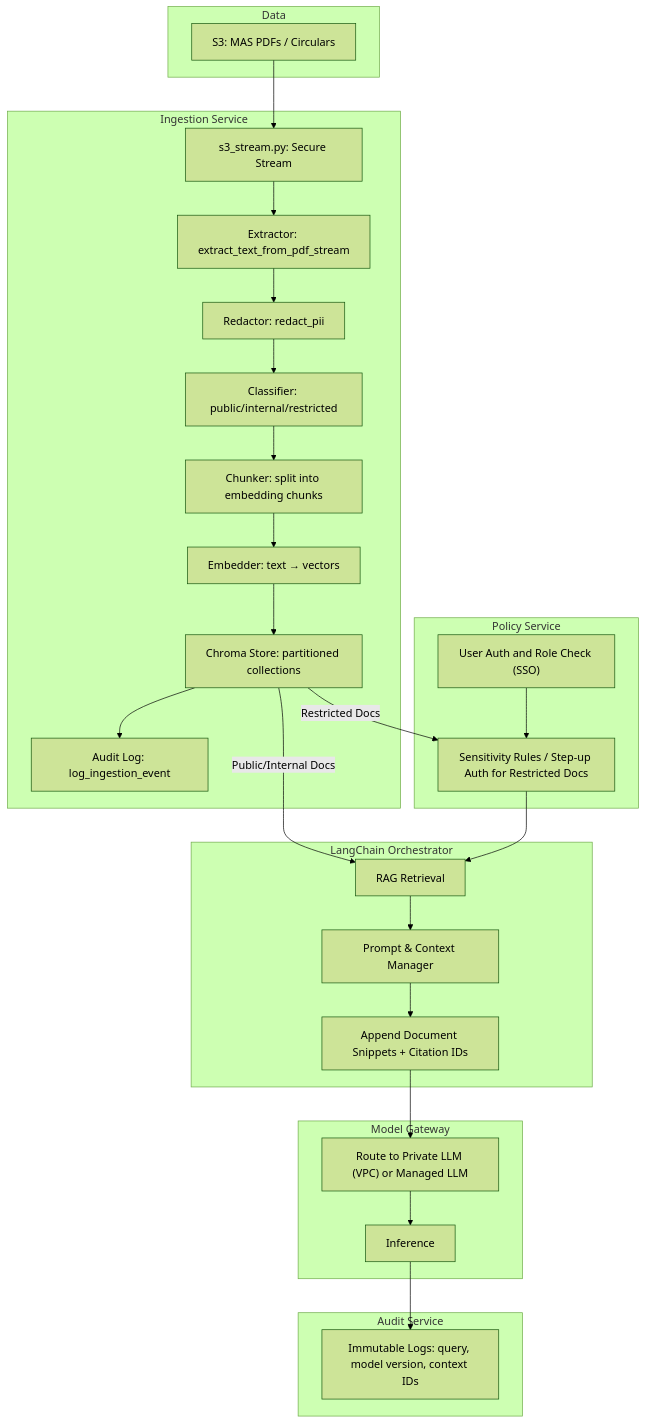
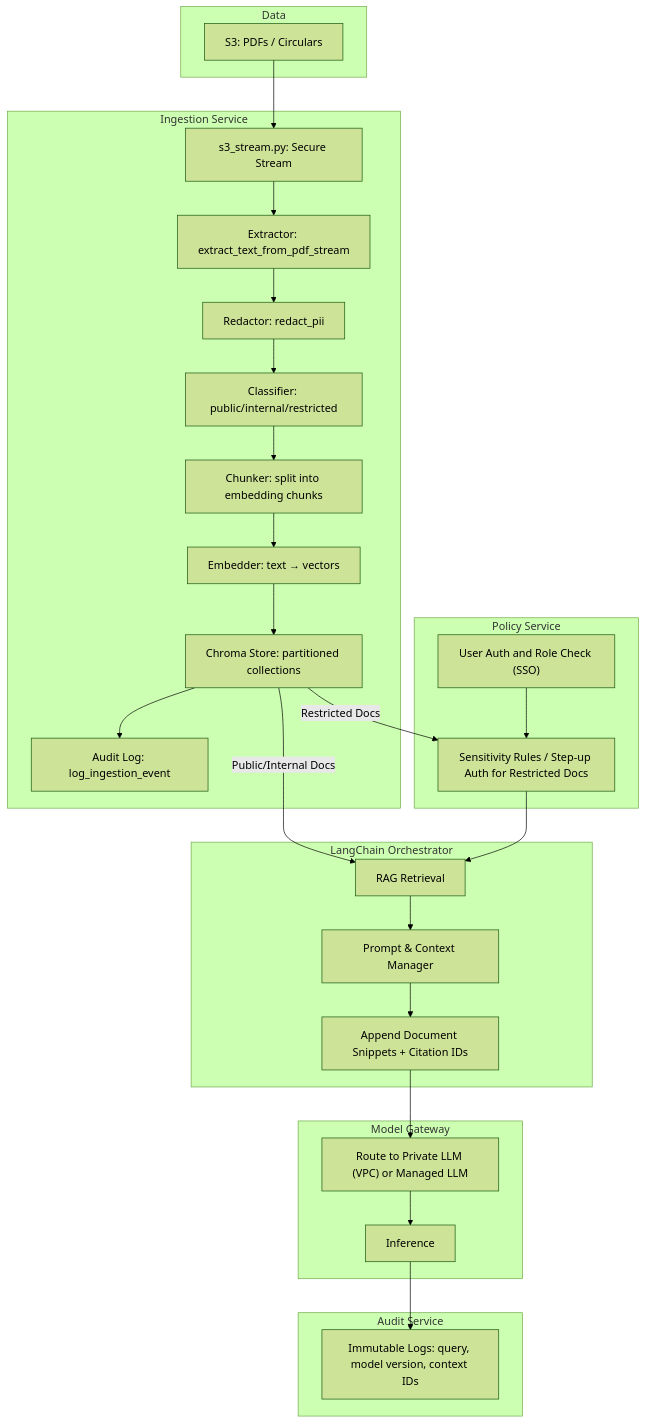
One commit to garymbansal/compliance-ai changed the diagram in README.md. Above: the diagram before and after it, drawn with Mermaid (forest theme).

Commit message:
Update README.md
removed MAS

````diff
--- a/README.md
+++ b/README.md
@@ -23,55 +23,55 @@
 ```mermaid
 flowchart TD
     %% Data Sources
     subgraph Data
-        A["S3: MAS PDFs / Circulars"] 
+        A["S3: PDFs / Circulars"] 
     end
 
     %% Ingestion Service
     subgraph Ingestion["Ingestion Service"]
         B["s3_stream.py: Secure Stream"] 
         C["Extractor: extract_text_from_pdf_stream"] 
         D["Redactor: redact_pii"] 
         E["Classifier: public/internal/restricted"] 
         F["Chunker: split into embedding chunks"] 
         G["Embedder: text → vectors"] 
         H["Chroma Store: partitioned collections"]
         I["Audit Log: log_ingestion_event"]
     end
 
     %% Policy Service
     subgraph Policy["Policy Service"]
         J["User Auth and Role Check (SSO)"] 
         K["Sensitivity Rules / Step-up Auth for Restricted Docs"]
     end
 
     %% Orchestrator / LangChain
     subgraph Orchestrator["LangChain Orchestrator"]
         L["Prompt & Context Manager"] 
         M["RAG Retrieval"] 
         N["Append Document Snippets + Citation IDs"]
     end
 
     %% Model Gateway
     subgraph ModelGateway["Model Gateway"]
         O["Route to Private LLM (VPC) or Managed LLM"] 
         P["Inference"]
     end
 
     %% Audit Service
     subgraph Audit["Audit Service"]
         Q["Immutable Logs: query, model version, context IDs"]
     end
 
     %% Flows
     A --> B
     B --> C --> D --> E --> F --> G --> H --> I
 
     J --> K
 
     %% Retrieval paths with sensitivity checks
     H -->|Public/Internal Docs| M
     H -->|Restricted Docs| K --> M
 
     M --> L --> N --> O --> P --> Q
 ```
````
